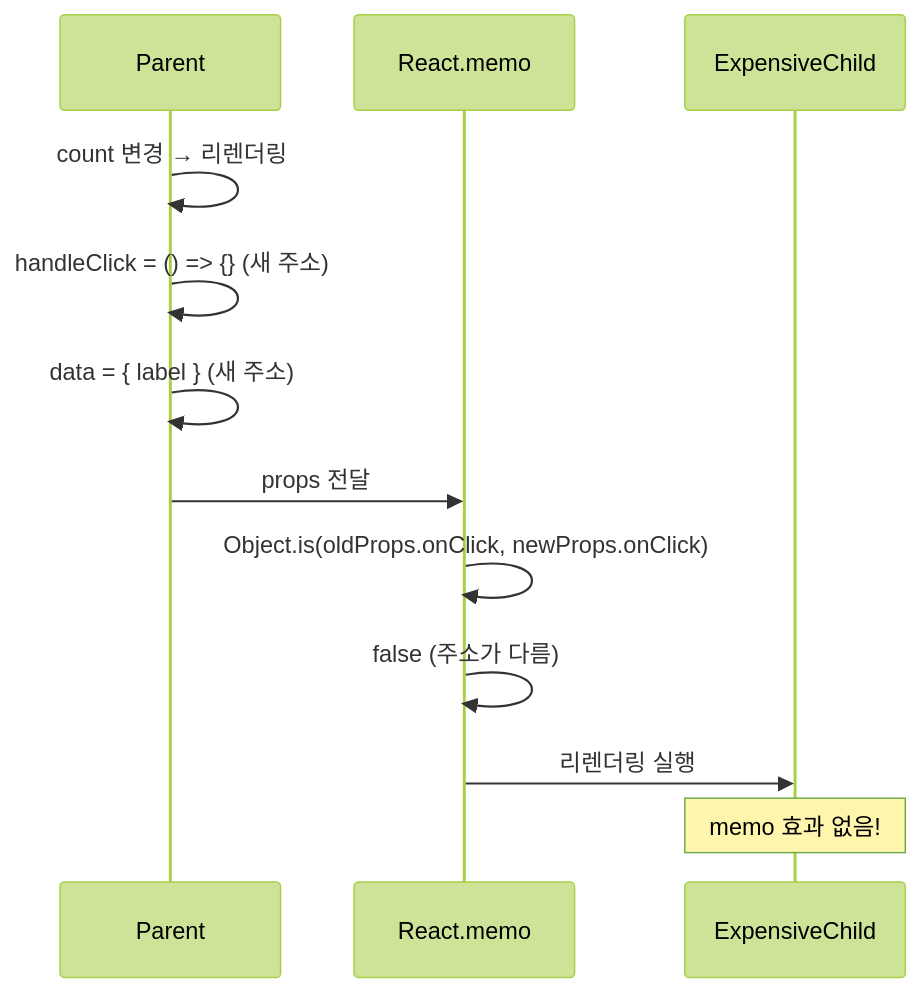
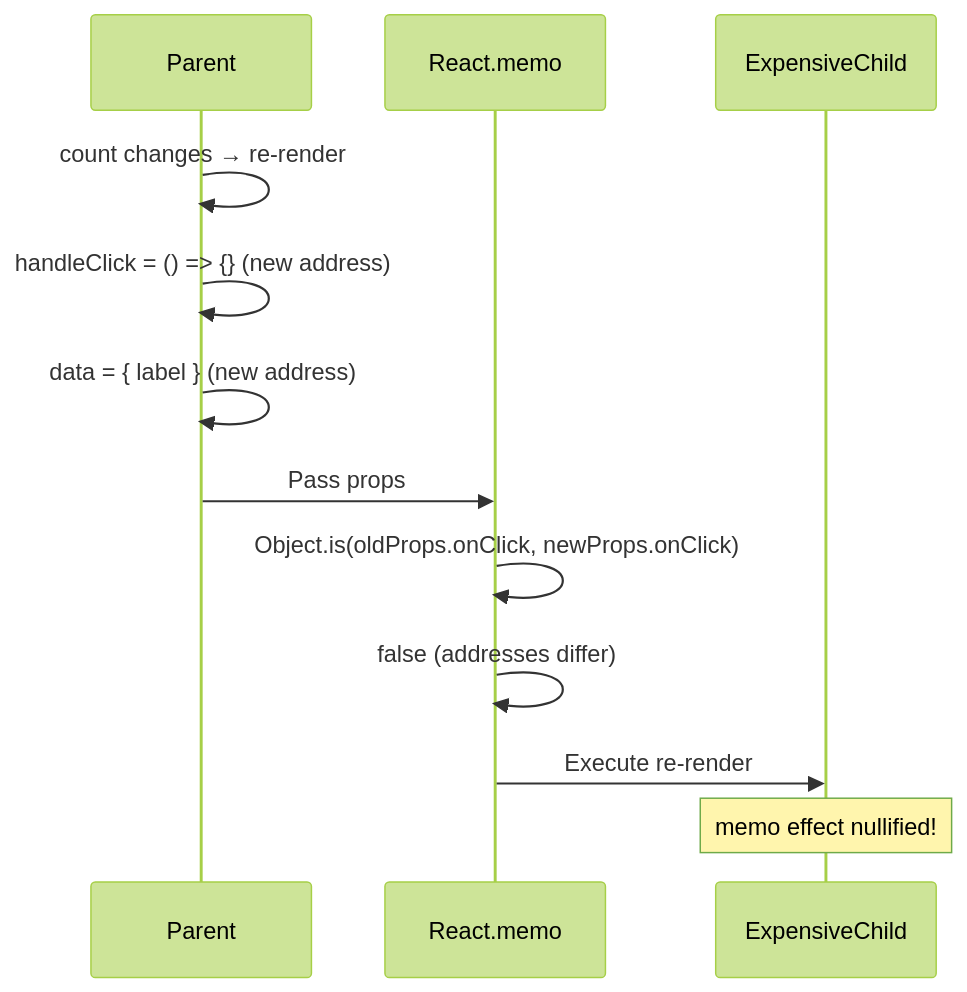
One commit to codefug/codefug.github.io changed diagram 14 of 19 in markdown/2026-01-18/en/content.mdx. Above: the diagram before and after it, drawn with Mermaid (forest theme). The commit also changed other lines of this file and 1 other file, not shown here.

````diff
--- a/markdown/2026-01-18/en/content.mdx
+++ b/markdown/2026-01-18/en/content.mdx
@@ -591,15 +1007,15 @@
 ```mermaid
 sequenceDiagram
     participant P as Parent
     participant M as React.memo
     participant C as ExpensiveChild
 
-    P->>P: count 변경 → 리렌더링
-    P->>P: handleClick = () => {} (새 주소)
-    P->>P: data = { label } (새 주소)
-    P->>M: props 전달
+    P->>P: count changes → re-render
+    P->>P: handleClick = () => {} (new address)
+    P->>P: data = { label } (new address)
+    P->>M: Pass props
     M->>M: Object.is(oldProps.onClick, newProps.onClick)
-    M->>M: false (주소가 다름)
-    M->>C: 리렌더링 실행
-    Note over C: memo 효과 없음!
+    M->>M: false (addresses differ)
+    M->>C: Execute re-render
+    Note over C: memo effect nullified!
 ```
````
